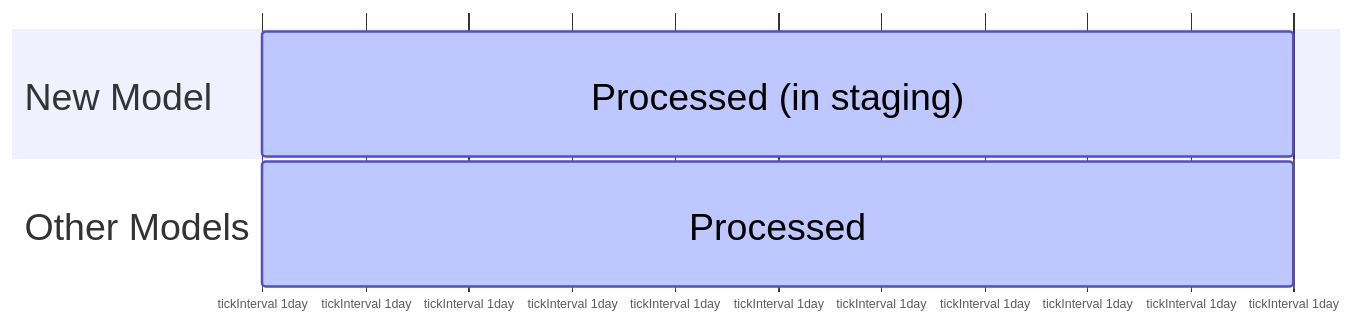
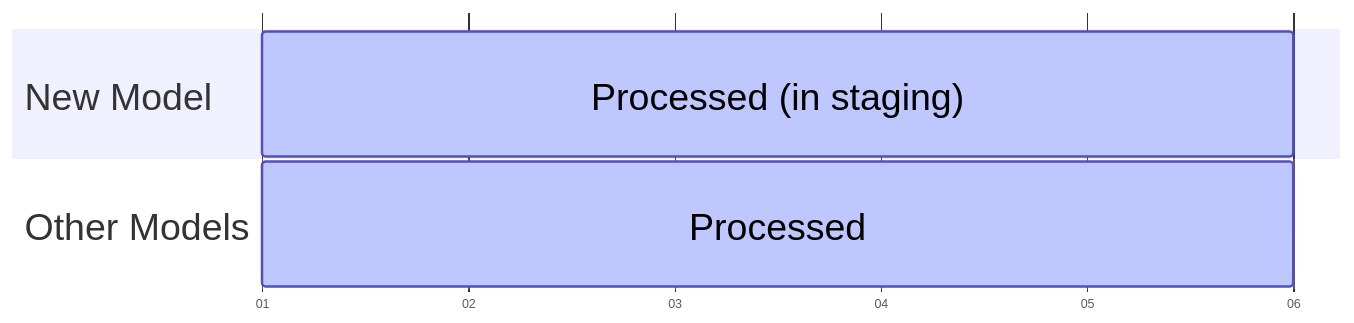
The third of 3 diagrams in docs/modeling-your-data/modeling-your-data-with-dbt/dbt-operation/backfilling/index.md (snowplow/documentation), drawn with Mermaid before and after one commit. The commit also changed other lines of this file and 36 other files, not shown here.

````diff
--- a/docs/modeling-your-data/modeling-your-data-with-dbt/dbt-operation/backfilling/index.md
+++ b/docs/modeling-your-data/modeling-your-data-with-dbt/dbt-operation/backfilling/index.md
@@ -73,11 +72,11 @@
 ```mermaid
 %%{init: { 'gantt': {'barHeight': 100, 'fontSize': 30, 'sectionFontSize': 30, 'leftPadding': 200, 'numberSectionStyles':3, 'displayMode': 'compact'}}}%%
 gantt
     dateFormat  YYYY-MM-DD
-    axisFormat
+    axisFormat %d
     tickInterval 1day
     section New Model
     Processed (in staging) :active, n2, 2020-01-01, 5d
     section Other Models
     Processed :active, a1, 2020-01-01, 5d
 ```
````
